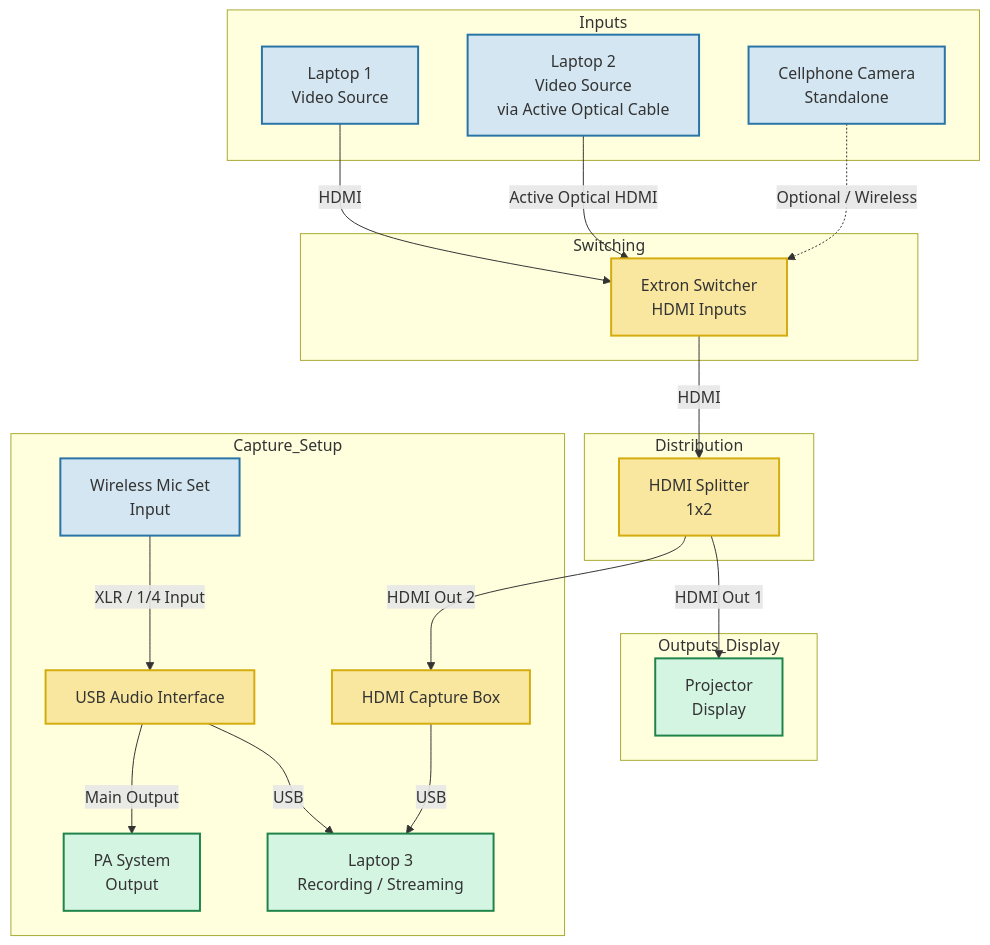
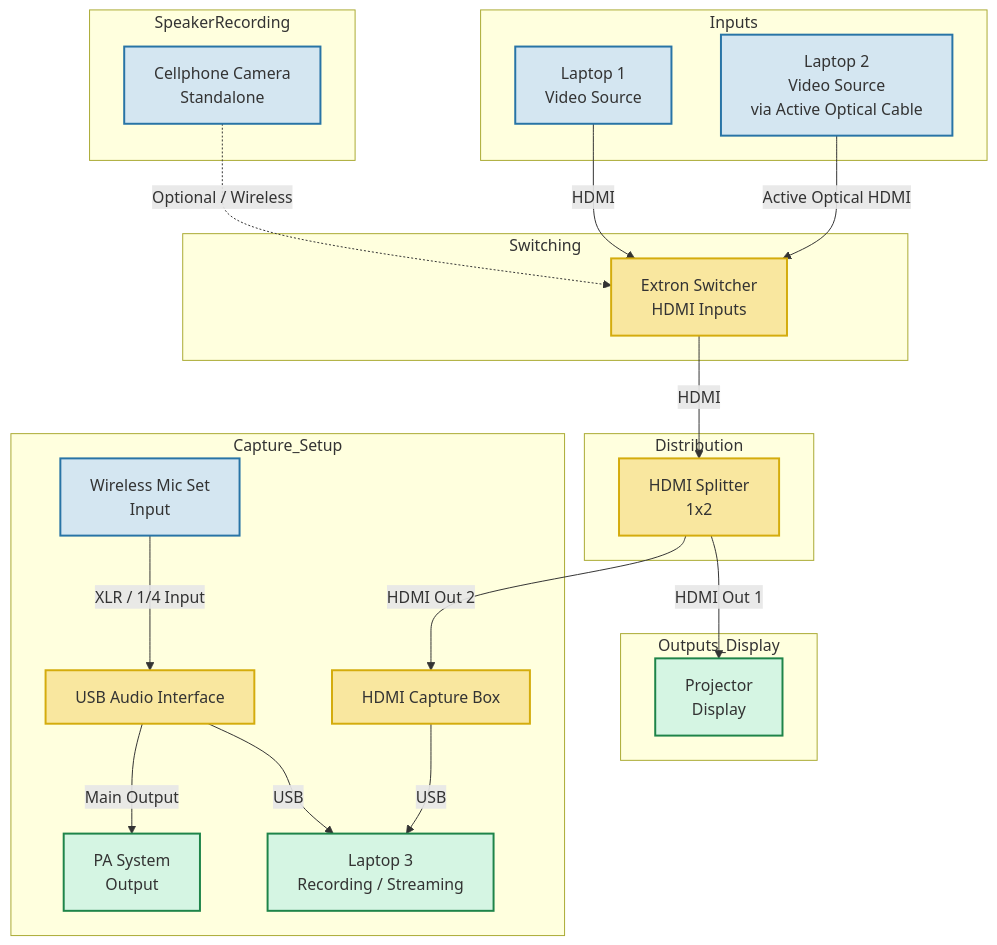
The diagram in README.md (TechLancaster/av-tech), drawn with Mermaid before and after one commit.

Commit message:
Update diagram by making PHONE standalone.
Removed PHONE from Inputs subgraph in the diagram, move to stand along

````diff
--- a/README.md
+++ b/README.md
@@ -4,55 +4,58 @@
 ```mermaid
 
 graph TD
+    subgraph SpeakerRecording
+        PHONE[Cellphone Camera<br>Standalone]
+    end
+
     subgraph Inputs
         L1[Laptop 1<br>Video Source]
         L2[Laptop 2<br>Video Source<br>via Active Optical Cable]
-        PHONE[Cellphone Camera<br>Standalone]
     end
 
     subgraph Switching
         EX[Extron Switcher<br>HDMI Inputs]
     end
 
     subgraph Distribution
         SPLIT[HDMI Splitter<br>1x2]
     end
 
     subgraph Outputs_Display
         PROJ[Projector<br>Display]
     end
 
     subgraph Capture_Setup
         CAP[HDMI Capture Box]
         L3[Laptop 3<br>Recording / Streaming]
         AUDIO_IF[USB Audio Interface]
         WIRELESS[Wireless Mic Set<br>Input]
         PA[PA System<br>Output]
     end
 
     %% Connections
     L1 -->|HDMI| EX
     L2 -->|Active Optical HDMI| EX
     PHONE -.->|Optional / Wireless| EX
 
     EX -->|HDMI| SPLIT
 
     SPLIT -->|HDMI Out 1| PROJ
     SPLIT -->|HDMI Out 2| CAP
 
     CAP -->|USB| L3
 
     WIRELESS -->|XLR / 1/4 Input| AUDIO_IF
     AUDIO_IF -->|USB| L3
     AUDIO_IF -->|Main Output| PA
 
     %% Styling
     classDef source fill:#d4e6f1,stroke:#2874a6,stroke-width:2px;
     classDef processing fill:#f9e79f,stroke:#d4ac0d,stroke-width:2px;
     classDef output fill:#d5f5e3,stroke:#1e8449,stroke-width:2px;
 
     class L1,L2,PHONE,WIRELESS source;
     class EX,SPLIT,CAP,AUDIO_IF processing;
     class PROJ,PA,L3 output;
 
 ```
````
